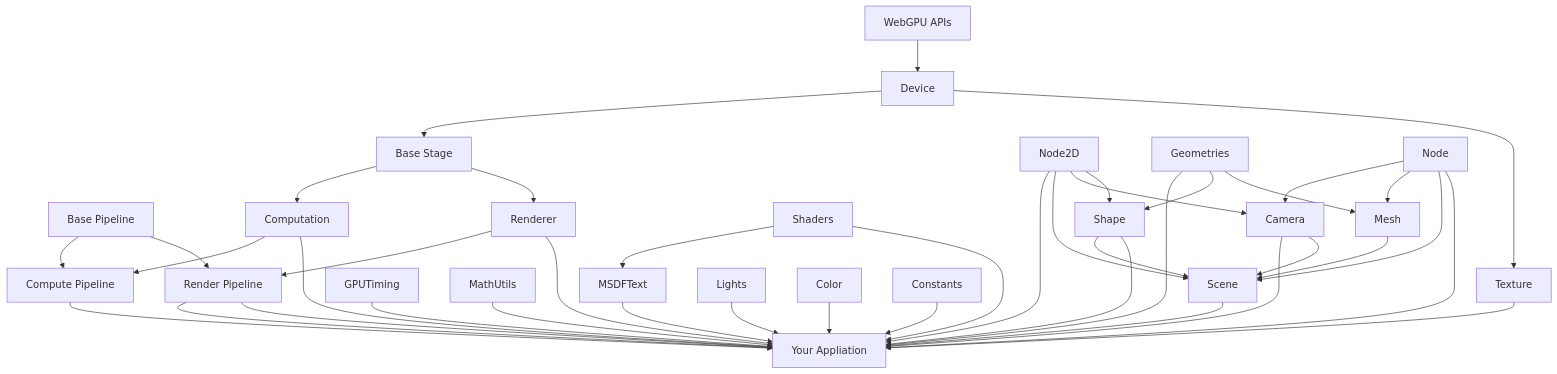
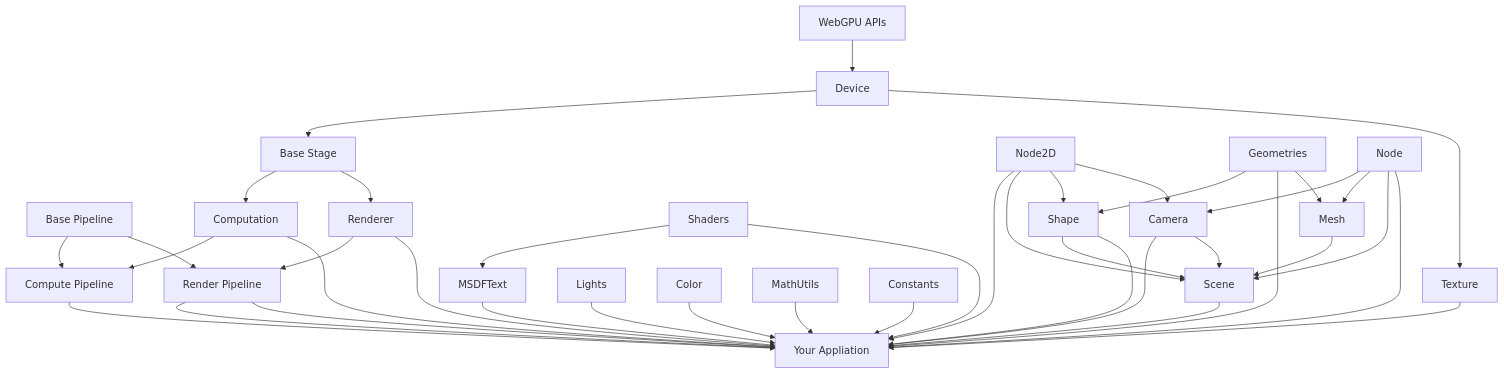
One commit to UstymUkhman/uwal changed the diagram in README.md. Above: the diagram before and after it, drawn with Mermaid. The commit also changed other lines of this file and 5 other files, not shown here.

````diff
--- a/README.md
+++ b/README.md
@@ -41,68 +41,66 @@
 ```mermaid
 flowchart TD
   GPU[WebGPU APIs]
   DEV[Device]
   APP[Your Appliation]
 
   BP[Base Pipeline]
   CP[Compute Pipeline]
   RP[Render Pipeline]
   BS[Base Stage]
   COMP[Computation]
   RNDR[Renderer]
   TEX[Texture]
 
   GPU  --> DEV
   DEV  --> BS
   DEV  --> TEX
   BS   --> COMP
   BS   --> RNDR
   COMP --> CP
   COMP --> APP
   BP   --> CP
   BP   --> RP
   CP   --> APP
   RP   --> APP
   RNDR --> RP
   RNDR --> APP
 
-  TIME[GPUTiming] --> APP
-  MATH[MathUtils] --> APP
-
   ND2[Node2D]
   GEO[Geometries]
   ND[Node]
   SHDS[Shaders]
   CAM[Camera]
   SHP[Shape]
   MESH[Mesh]
   SCN[Scene]
   TXT[MSDFText]
 
   LGHT[Lights]     --> APP
   COL[Color]       --> APP
+  MATH[MathUtils]  --> APP
   CONST[Constants] --> APP
 
   ND2  --> APP
   ND2  --> SCN
+  ND2  --> SHP
   ND2  --> CAM
-  ND2  --> SHP
+  GEO  --> SHP
   GEO  --> APP
-  GEO  --> SHP
   GEO  --> MESH
   ND   --> CAM
   ND   --> MESH
   ND   --> SCN
   ND   --> APP
   SHP  --> SCN
   MESH --> SCN
   CAM  --> APP
   CAM  --> SCN
   SHDS --> TXT
   RP   --> APP
   TEX  --> APP
   SCN  --> APP
   SHP  --> APP
   TXT  --> APP
   SHDS --> APP
 ```
````
